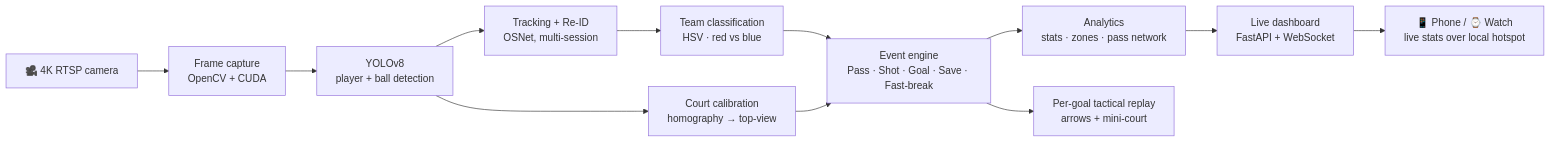
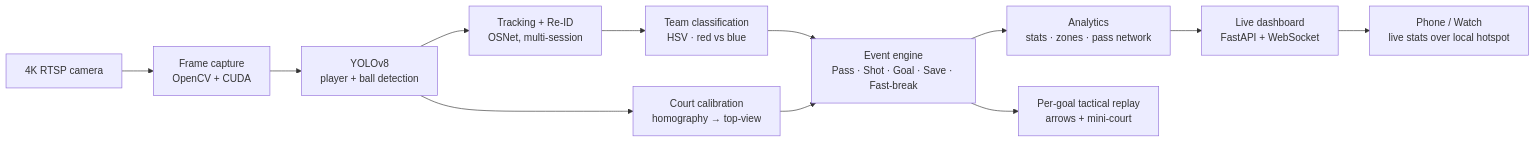
One commit to Omar-Essam-Salah/handball-ai-system changed the diagram in README.md. Above: the diagram before and after it, drawn with Mermaid. The commit also changed other lines of this file, not shown here.

````diff
--- a/README.md
+++ b/README.md
@@ -9,14 +9,14 @@
 ```mermaid
 flowchart LR
-    A["🎥 4K RTSP camera"] --> B["Frame capture<br/>OpenCV + CUDA"]
+    A["4K RTSP camera"] --> B["Frame capture<br/>OpenCV + CUDA"]
     B --> C["YOLOv8<br/>player + ball detection"]
     C --> D["Tracking + Re-ID<br/>OSNet, multi-session"]
     D --> E["Team classification<br/>HSV · red vs blue"]
     C --> F["Court calibration<br/>homography → top-view"]
     E --> G["Event engine<br/>Pass · Shot · Goal · Save · Fast-break"]
     F --> G
     G --> H["Analytics<br/>stats · zones · pass network"]
     G --> I["Per-goal tactical replay<br/>arrows + mini-court"]
     H --> J["Live dashboard<br/>FastAPI + WebSocket"]
-    J --> K["📱 Phone / ⌚ Watch<br/>live stats over local hotspot"]
+    J --> K["Phone / Watch<br/>live stats over local hotspot"]
 ```
````
